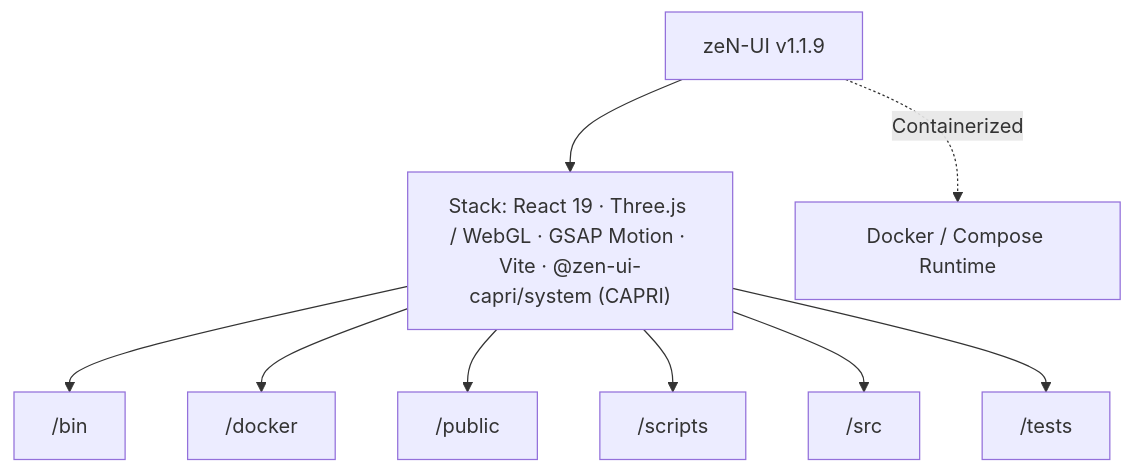
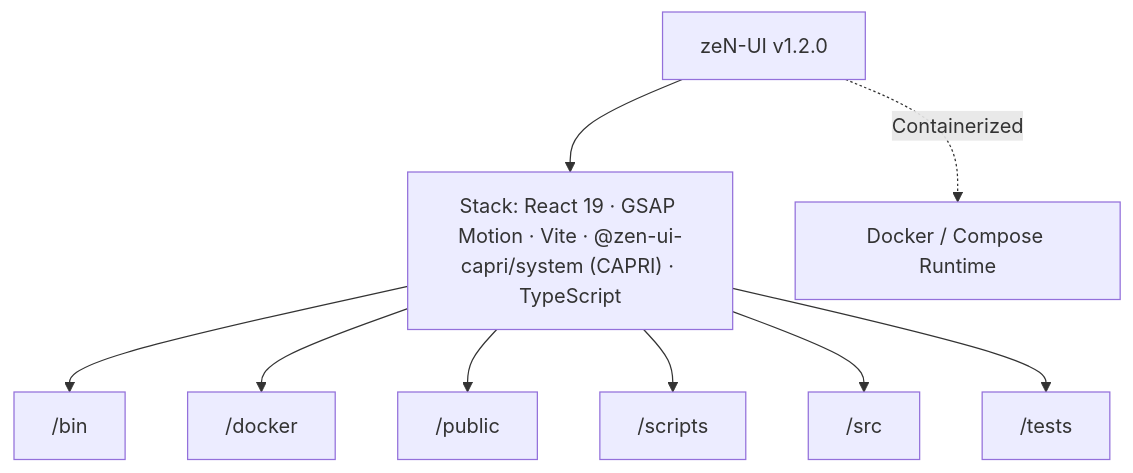
One commit to lukaspabst/zeN-UI changed the diagram in docs/CAPRI-ARCHITECTURE.md. Above: the diagram before and after it, drawn with Mermaid. The commit also changed other lines of this file and 12 other files, not shown here.

Commit message:
refactor(lib): extract portfolio-specific cosmos 3D scene out of @zen-ui-capri/system (v1.2.0)

````diff
--- a/docs/CAPRI-ARCHITECTURE.md
+++ b/docs/CAPRI-ARCHITECTURE.md
@@ -27,20 +27,20 @@
 ```mermaid
 flowchart TD
-  Repo["zeN-UI v1.1.9"]
-  Stack["Stack: React 19 · Three.js / WebGL · GSAP Motion · Vite · @zen-ui-capri/system (CAPRI)"]
+  Repo["zeN-UI v1.2.0"]
+  Stack["Stack: React 19 · GSAP Motion · Vite · @zen-ui-capri/system (CAPRI) · TypeScript"]
   Repo --> Stack
   N0_bin["/bin"]
   Stack --> N0_bin
   N1_docker["/docker"]
   Stack --> N1_docker
   N2_public["/public"]
   Stack --> N2_public
   N3_scripts["/scripts"]
   Stack --> N3_scripts
   N4_src["/src"]
   Stack --> N4_src
   N5_tests["/tests"]
   Stack --> N5_tests
   Docker["Docker / Compose Runtime"]
   Repo -.->|"Containerized"| Docker
 ```
````
